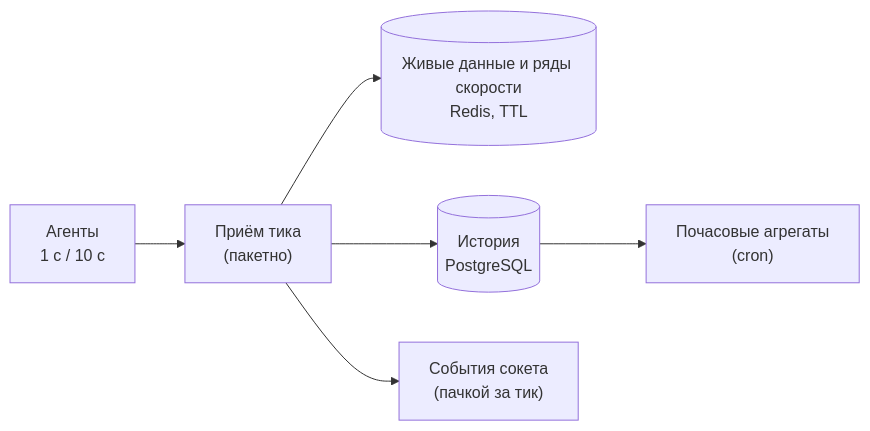
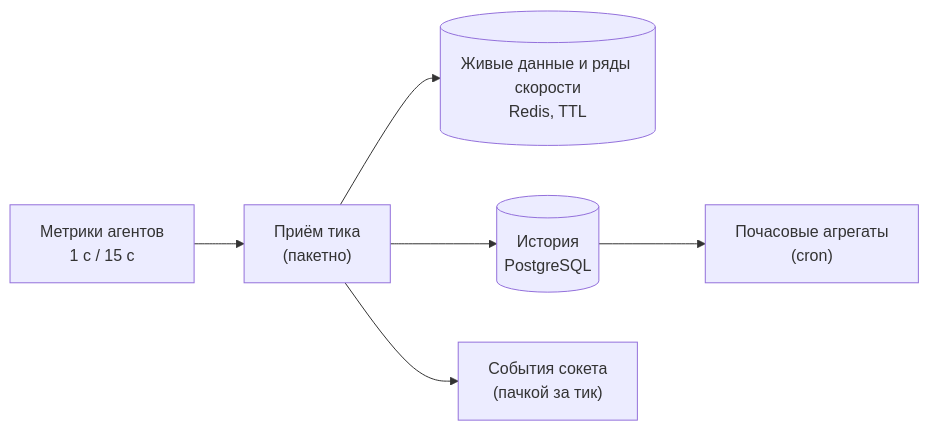
The ninth of 9 diagrams in docs/WIREGUARD.md (epifanovmd/wg-admin-api), drawn with Mermaid before and after one commit. The commit also changed other lines of this file and 252 other files, not shown here.

````diff
--- a/docs/WIREGUARD.md
+++ b/docs/WIREGUARD.md
@@ -399,8 +420,8 @@
 ```mermaid
 flowchart LR
-  AG["Агенты<br/>1 с / 10 с"] --> ING["Приём тика<br/>(пакетно)"]
+  AG["Метрики агентов<br/>1 с / 15 с"] --> ING["Приём тика<br/>(пакетно)"]
   ING --> LIVE[("Живые данные и ряды скорости<br/>Redis, TTL")]
   ING --> HIST[("История<br/>PostgreSQL")]
   ING --> EV["События сокета<br/>(пачкой за тик)"]
   HIST --> ROLL["Почасовые агрегаты<br/>(cron)"]
 ```
````
